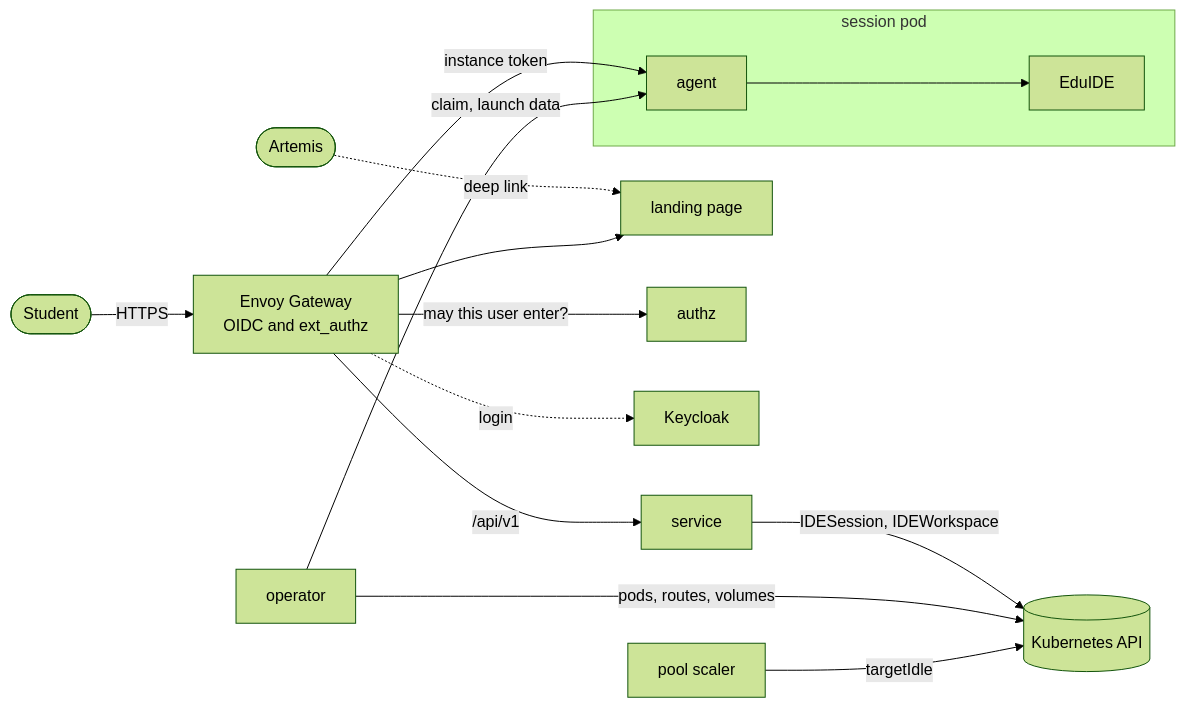
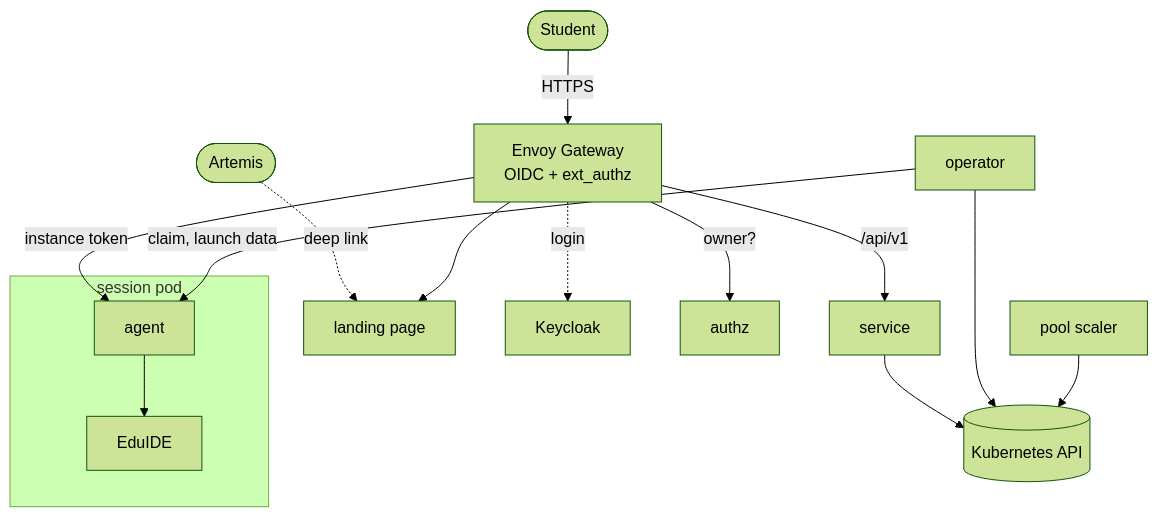
One commit to EduIDE/EduIDE-control-plane changed the diagram in README.md. Above: the diagram before and after it, drawn with Mermaid (forest theme).

Commit message:
docs(readme): top-down architecture diagram, readable on GitHub

````diff
--- a/README.md
+++ b/README.md
@@ -32,17 +32,17 @@
 ```mermaid
-flowchart LR
-  S([Student]) -->|HTTPS| GW[Envoy Gateway<br/>OIDC and ext_authz]
+flowchart TB
+  S([Student]) -->|HTTPS| GW[Envoy Gateway<br/>OIDC + ext_authz]
   A([Artemis]) -.->|deep link| LP
+  GW -.->|login| KC[Keycloak]
   GW --> LP[landing page]
   GW -->|/api/v1| SVC[service]
-  GW -->|may this user enter?| AZ[authz]
+  GW -->|owner?| AZ[authz]
   GW -->|instance token| AG
-  SVC -->|IDESession, IDEWorkspace| K[(Kubernetes API)]
-  OP[operator] -->|pods, routes, volumes| K
-  SC[pool scaler] -->|targetIdle| K
+  SVC --> K[(Kubernetes API)]
+  OP[operator] --> K
+  SC[pool scaler] --> K
   OP -->|claim, launch data| AG
   subgraph Pod[session pod]
     AG[agent] --> IDE[EduIDE]
   end
-  GW -.->|login| KC[Keycloak]
 ```
````
